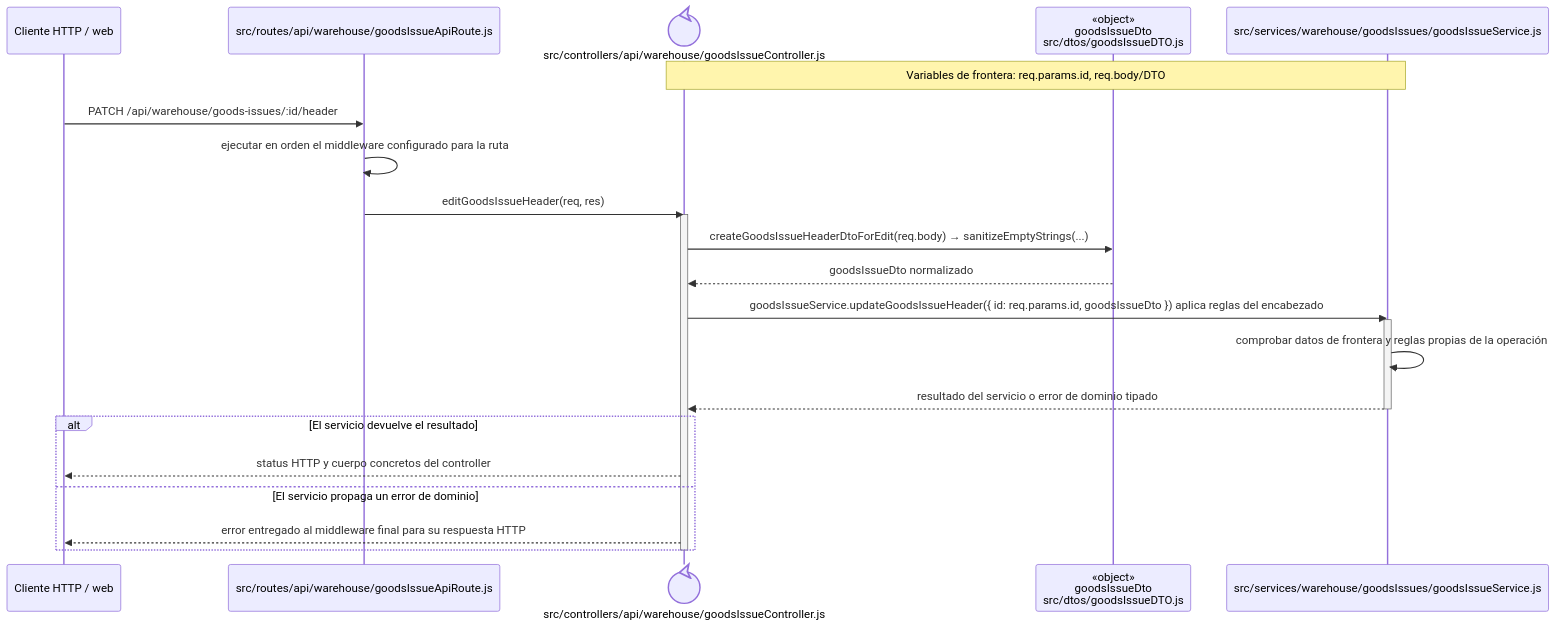
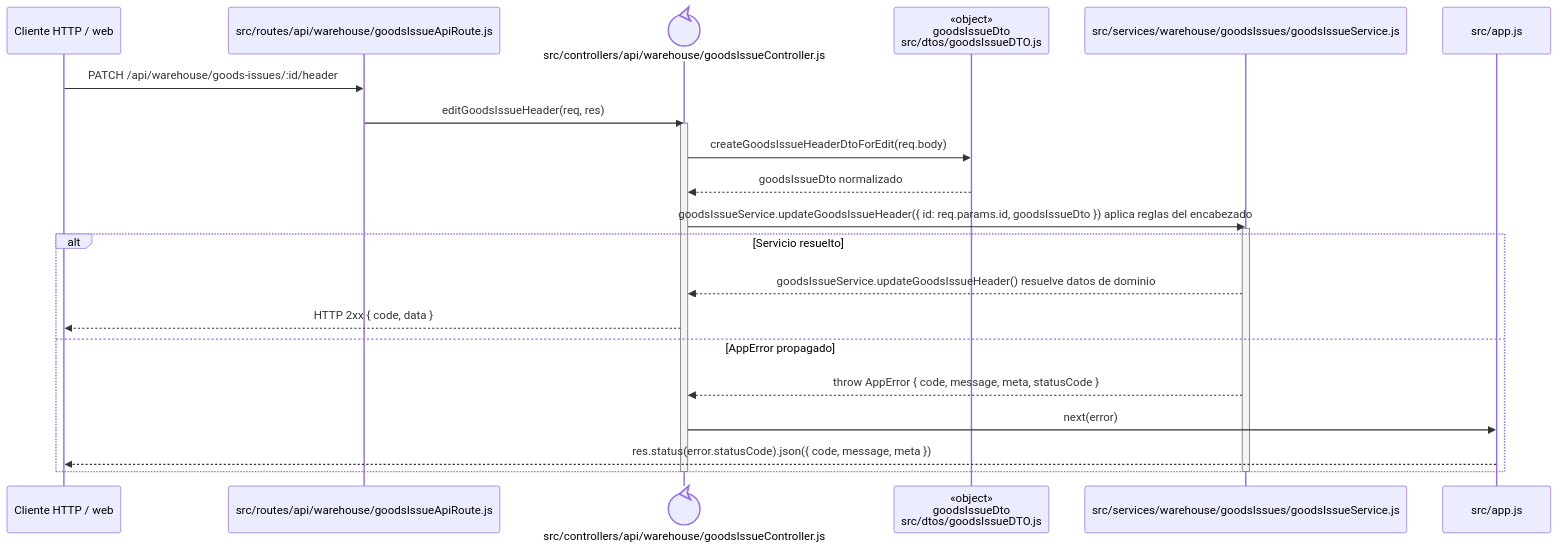
One commit to gpgsistemas01/nexus changed the diagram in docs/architecture/backend-code-sequences/issues/cu-sal-03.md. Above: the diagram before and after it, drawn with Mermaid. The commit also changed 148 other files, not shown here.

````diff
--- a/docs/architecture/backend-code-sequences/issues/cu-sal-03.md
+++ b/docs/architecture/backend-code-sequences/issues/cu-sal-03.md
@@ -6,27 +6,27 @@
 ```mermaid
 sequenceDiagram
     participant Client as Cliente HTTP / web
     participant Route as src/routes/api/warehouse/goodsIssueApiRoute.js
     participant Controller@{ "type": "control" } as src/controllers/api/warehouse/goodsIssueController.js
     participant IssueDto as «object»<br/>goodsIssueDto<br/>src/dtos/goodsIssueDTO.js
     participant Domain as src/services/warehouse/goodsIssues/goodsIssueService.js
-    Note over Controller,Domain: Variables de frontera: req.params.id, req.body/DTO
+    participant ErrorHandler as src/app.js
 
     Client->>Route: PATCH /api/warehouse/goods-issues/:id/header
-    Route->>Route: ejecutar en orden el middleware configurado para la ruta
     Route->>Controller: editGoodsIssueHeader(req, res)
     activate Controller
-    Controller->>IssueDto: createGoodsIssueHeaderDtoForEdit(req.body) → sanitizeEmptyStrings(...)
+    Controller->>IssueDto: createGoodsIssueHeaderDtoForEdit(req.body)
     IssueDto-->>Controller: goodsIssueDto normalizado
     Controller->>Domain: goodsIssueService.updateGoodsIssueHeader({ id: req.params.id, goodsIssueDto }) aplica reglas del encabezado
     activate Domain
-    Domain->>Domain: comprobar datos de frontera y reglas propias de la operación
-    Domain-->>Controller: resultado del servicio o error de dominio tipado
+    alt Servicio resuelto
+        Domain-->>Controller: goodsIssueService.updateGoodsIssueHeader() resuelve datos de dominio
+        Controller-->>Client: HTTP 2xx { code, data }
+    else AppError propagado
+        Domain-->>Controller: throw AppError { code, message, meta, statusCode }
+        Controller->>ErrorHandler: next(error)
+        ErrorHandler-->>Client: res.status(error.statusCode).json({ code, message, meta })
+    end
     deactivate Domain
-    alt El servicio devuelve el resultado
-        Controller-->>Client: status HTTP y cuerpo concretos del controller
-    else El servicio propaga un error de dominio
-        Controller-->>Client: error entregado al middleware final para su respuesta HTTP
-    end
     deactivate Controller
 ```
````
